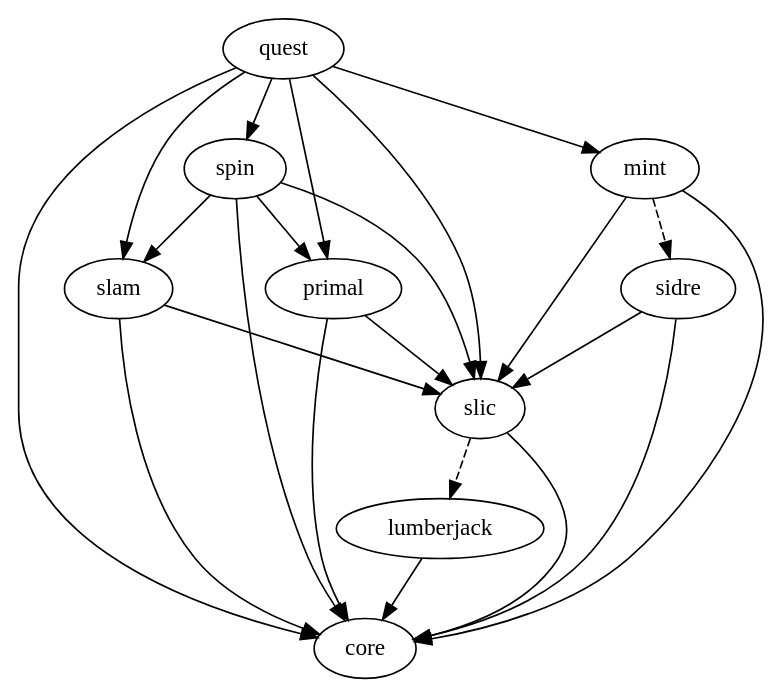
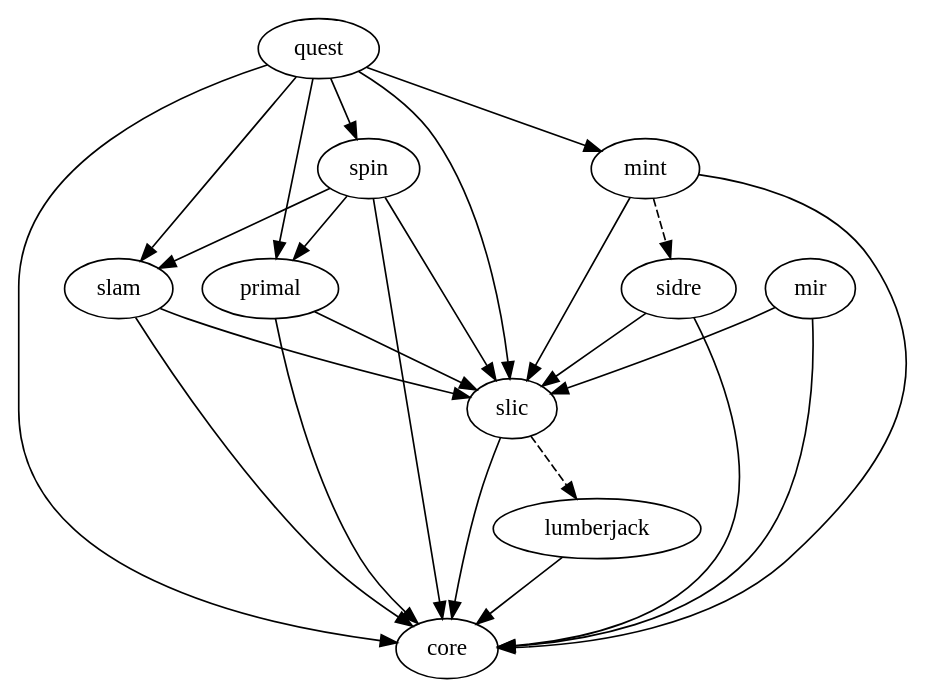
One commit to LLNL/axom changed the diagram in src/docs/dependencies.dot. Above: the diagram before and after it, drawn with Graphviz. The commit also changed 10 other files, not shown here.

```diff
--- a/src/docs/dependencies.dot
+++ b/src/docs/dependencies.dot
@@ -1,10 +1,11 @@
 digraph dependencies {
   quest -> {slam primal mint spin};
   {quest slam primal mint spin} -> {slic core};
   mint -> sidre [style="dashed"];
+  mir -> {slic core};
   spin -> {slam primal};
   sidre -> {slic core};
   slic -> core;
   slic -> lumberjack [style="dashed"];
   lumberjack -> core;
 }
```
